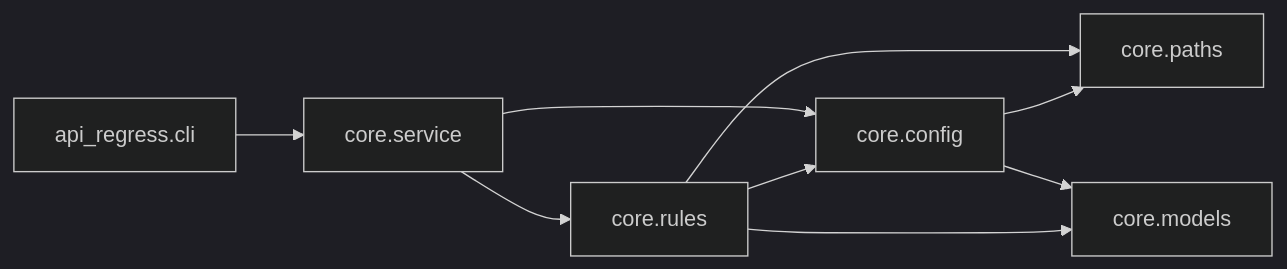
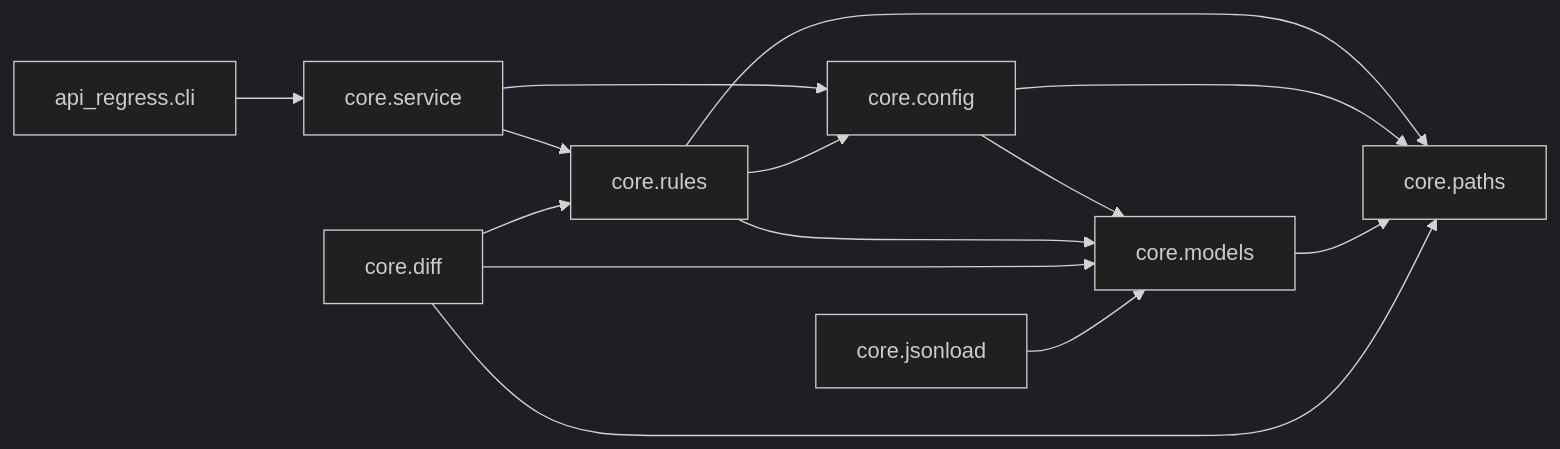
The first of 3 diagrams in doc/dev/architecture.md (caiuswang/api-regress), drawn with Mermaid (dark theme) before and after one commit. The commit also changed other lines of this file and 23 other files, not shown here.

````diff
--- a/doc/dev/architecture.md
+++ b/doc/dev/architecture.md
@@ -8,11 +8,16 @@
 ```mermaid
 flowchart LR
   CLI[api_regress.cli] --> SVC[core.service]
   SVC --> CFG[core.config]
   SVC --> RULES[core.rules]
   RULES --> CFG
   RULES --> PATHS[core.paths]
   CFG --> PATHS
   CFG --> MODELS[core.models]
   RULES --> MODELS
+  MODELS --> PATHS
+  DIFF[core.diff] --> RULES
+  DIFF --> MODELS
+  DIFF --> PATHS
+  JSONLOAD[core.jsonload] --> MODELS
 ```
````
